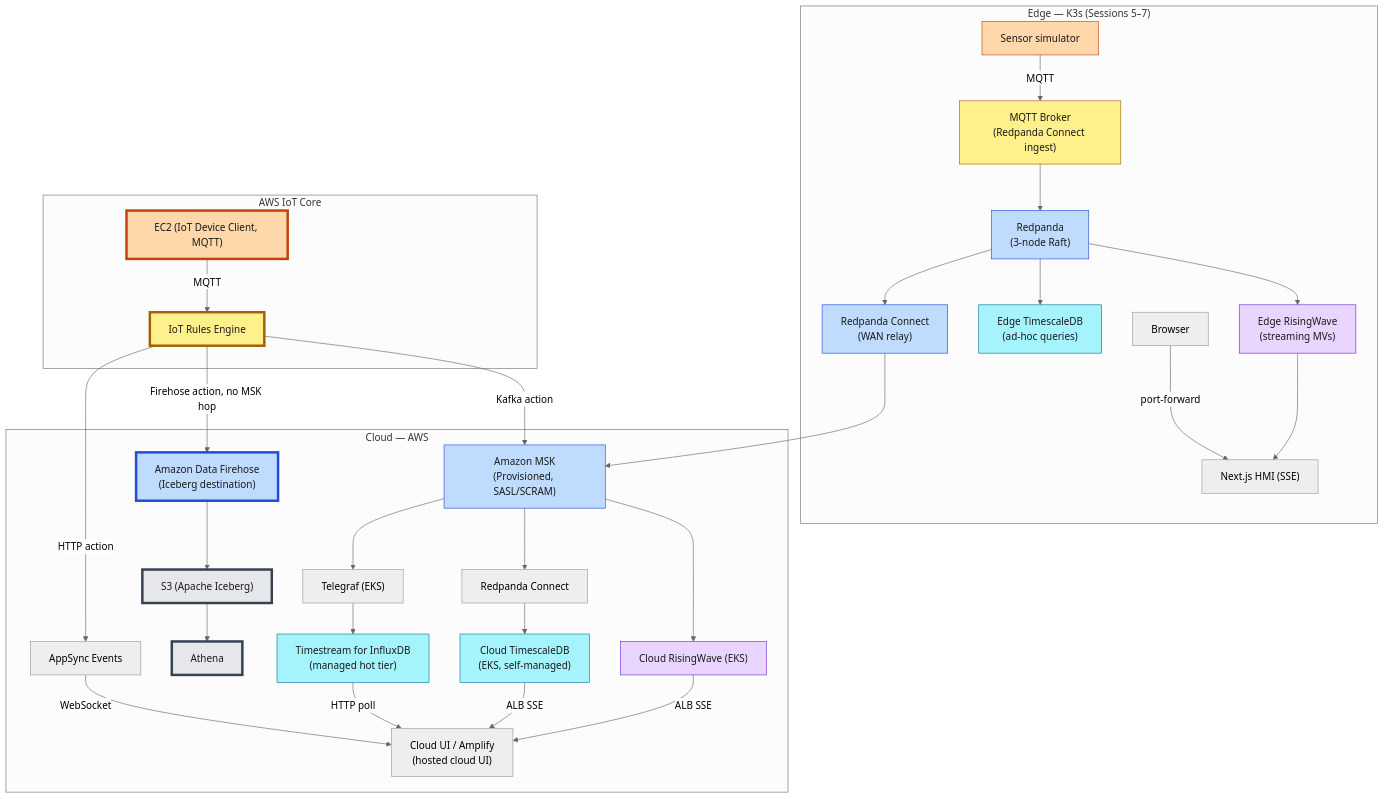
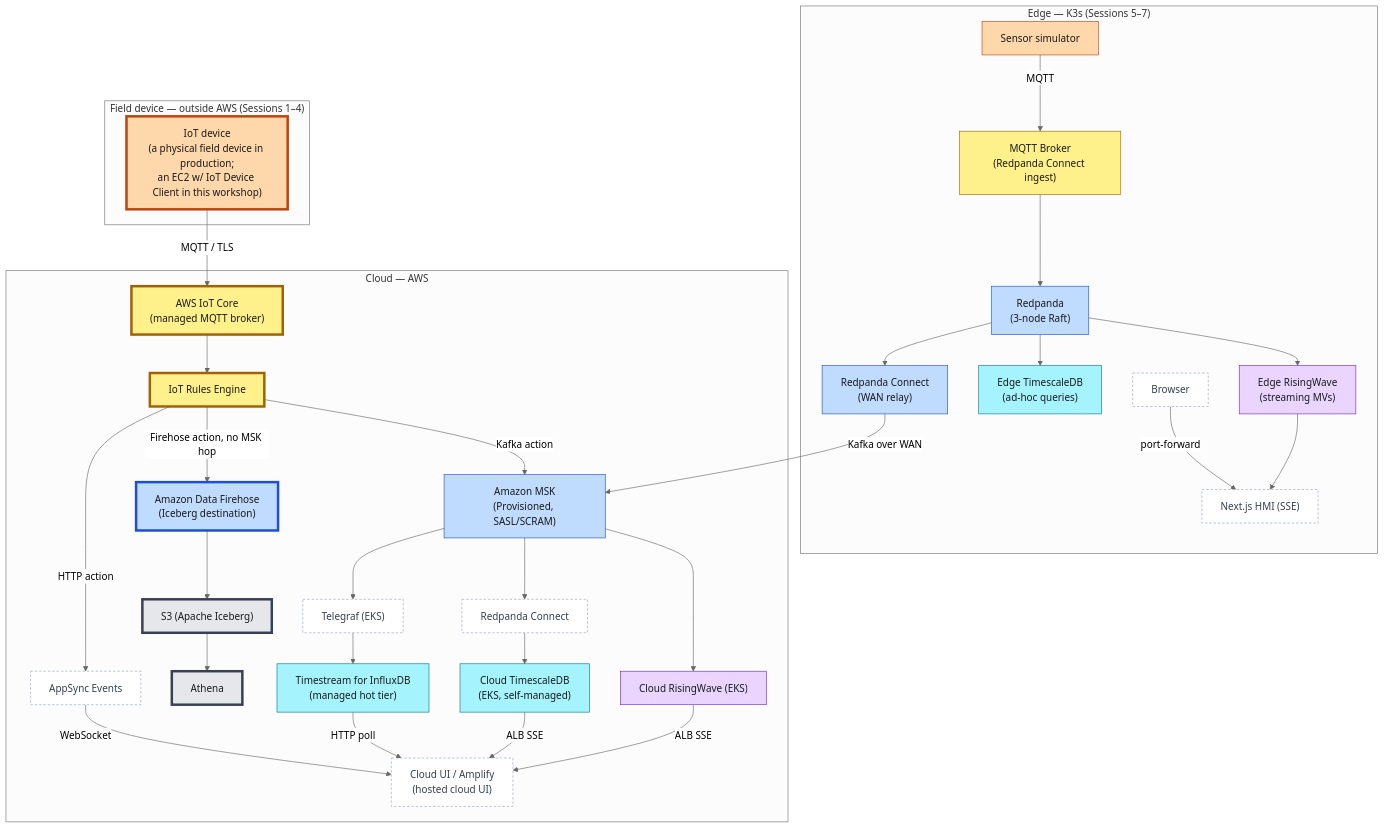
The second of 2 diagrams in workshop/01-observe/index.md (aws-samples/sample-edge-to-cloud-digital-ops-workshop), drawn with Mermaid (neutral theme) before and after one commit. The commit also changed other lines of this file, not shown here.

Commit message:
Updated diagram

````diff
--- a/workshop/01-observe/index.md
+++ b/workshop/01-observe/index.md
@@ -54,67 +56,71 @@
 ```mermaid
 flowchart TD
   subgraph Edge["Edge — K3s (Sessions 5–7)"]
     Sensor["Sensor simulator"]
     MQTT["MQTT Broker<br/>(Redpanda Connect ingest)"]
     Redpanda["Redpanda<br/>(3-node Raft)"]
     EdgeRW["Edge RisingWave<br/>(streaming MVs)"]
     EdgeTS["Edge TimescaleDB<br/>(ad-hoc queries)"]
     HMI["Next.js HMI (SSE)"]
     EdgeBrowser["Browser"]
     WAN["Redpanda Connect<br/>(WAN relay)"]
 
     Sensor -->|MQTT| MQTT --> Redpanda
     Redpanda --> EdgeRW
     Redpanda --> EdgeTS
     Redpanda --> WAN
     EdgeRW --> HMI
     EdgeBrowser -->|port-forward| HMI
   end
 
-  subgraph IoT["AWS IoT Core"]
-    EC2["EC2 (IoT Device Client, MQTT)"]
-    Rules["IoT Rules Engine"]
-    EC2 -->|MQTT| Rules
+  subgraph Field["Field device — outside AWS (Sessions 1–4)"]
+    EC2["IoT device<br/>(a physical field device in production;<br/>an EC2 w/ IoT Device Client in this workshop)"]
   end
 
   subgraph Cloud["Cloud — AWS"]
+    IoTCore["AWS IoT Core<br/>(managed MQTT broker)"]
+    Rules["IoT Rules Engine"]
     MSK["Amazon MSK<br/>(Provisioned, SASL/SCRAM)"]
     CloudRW["Cloud RisingWave (EKS)"]
     CloudRC["Redpanda Connect"]
     CloudTS["Cloud TimescaleDB<br/>(EKS, self-managed)"]
     Telegraf["Telegraf (EKS)"]
     Influx["Timestream for InfluxDB<br/>(managed hot tier)"]
     Firehose["Amazon Data Firehose<br/>(Iceberg destination)"]
     S3["S3 (Apache Iceberg)"]
     Athena["Athena"]
     AppSync["AppSync Events"]
     UI["Cloud UI / Amplify<br/>(hosted cloud UI)"]
 
+    IoTCore --> Rules
     MSK --> CloudRW -->|ALB SSE| UI
     MSK --> CloudRC --> CloudTS -->|ALB SSE| UI
     MSK --> Telegraf --> Influx -->|HTTP poll| UI
     Firehose --> S3 --> Athena
     AppSync -->|WebSocket| UI
   end
 
-  WAN --> MSK
+  EC2 -->|MQTT / TLS| IoTCore
+  WAN -->|Kafka over WAN| MSK
   Rules -->|Kafka action| MSK
   Rules -->|Firehose action, no MSK hop| Firehose
   Rules -->|HTTP action| AppSync
 
   classDef sensor fill:#FED7AA,stroke:#C2410C,color:#1a1a1a;
   classDef broker fill:#FEF08A,stroke:#A16207,color:#1a1a1a;
   classDef streaming fill:#BFDBFE,stroke:#1D4ED8,color:#1a1a1a;
   classDef inmem fill:#E9D5FF,stroke:#6D28D9,color:#1a1a1a;
   classDef tsdb fill:#A5F3FC,stroke:#0E7490,color:#1a1a1a;
   classDef object fill:#E5E7EB,stroke:#374151,color:#1a1a1a;
+  classDef neutral fill:#FFFFFF,stroke:#94A3B8,stroke-dasharray:4 3,color:#334155;
   classDef active stroke-width:4px;
 
   class Sensor,EC2 sensor;
-  class MQTT,Rules broker;
+  class MQTT,IoTCore,Rules broker;
   class Redpanda,WAN,MSK,Firehose streaming;
   class EdgeRW,CloudRW inmem;
   class EdgeTS,CloudTS,Influx tsdb;
   class S3,Athena object;
-  class EC2,Rules,Firehose,S3,Athena active;
+  class HMI,EdgeBrowser,CloudRC,Telegraf,AppSync,UI neutral;
+  class EC2,IoTCore,Rules,Firehose,S3,Athena active;
 ```
````
